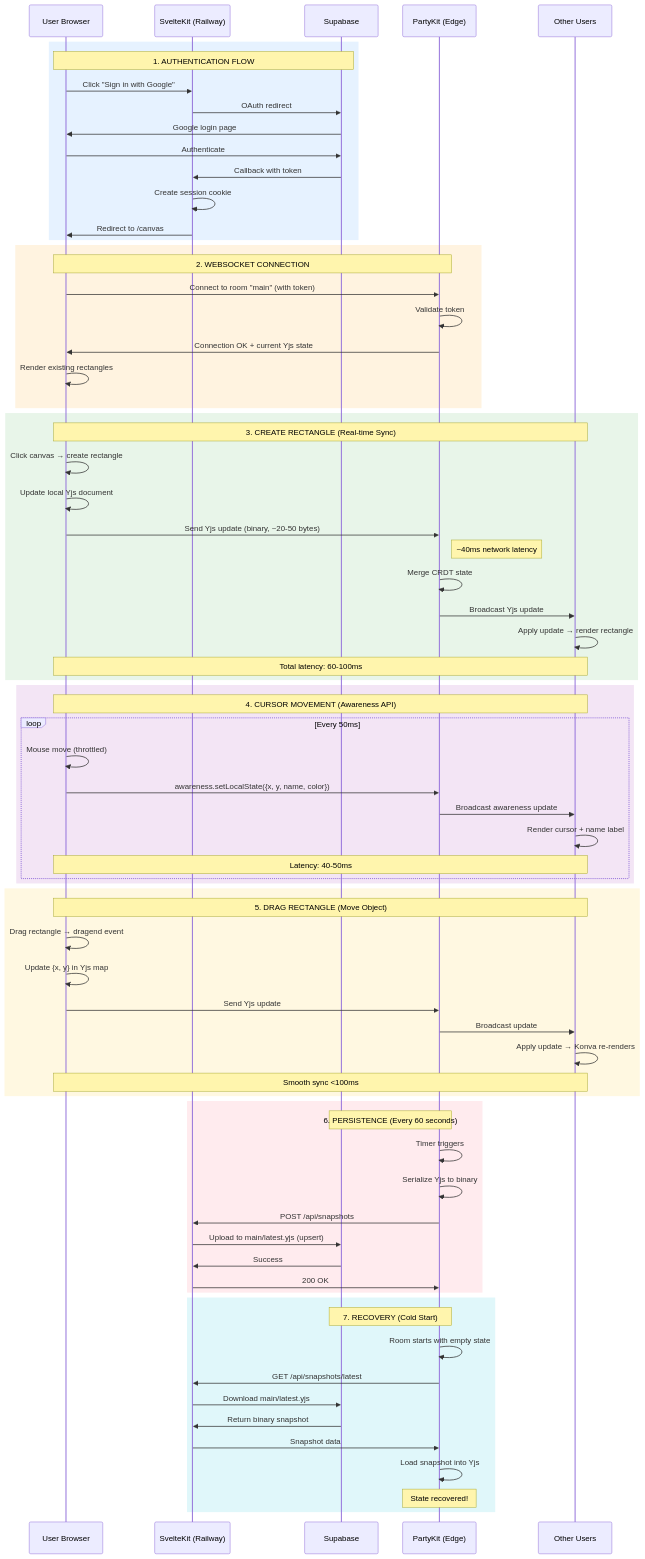
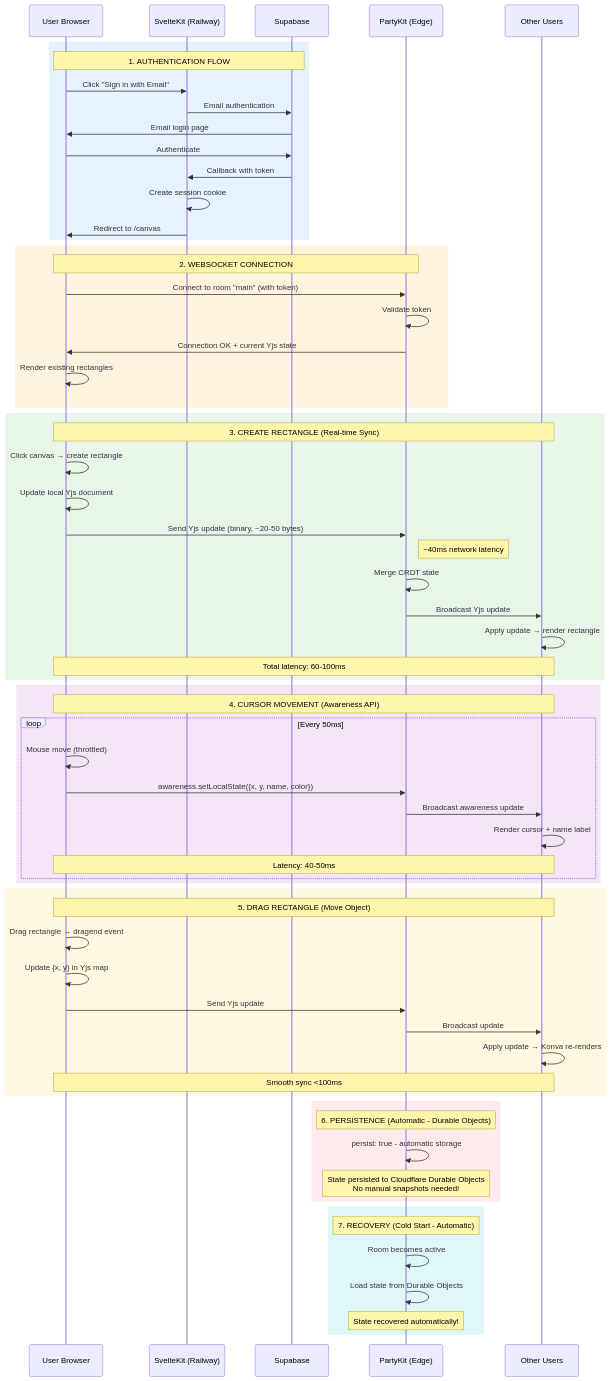
Before and after one commit to ppiont/collab-canvas: the diagram in project-management/userflows.md, drawn with Mermaid. The commit also changed 4 other files, not shown here.

First line of the commit message:
docs: Phase 7 unnecessary - PartyKit Durable Objects handle persistence

````diff
--- a/project-management/userflows.md
+++ b/project-management/userflows.md
@@ -9,9 +9,9 @@
     %% Authentication
     rect rgb(230, 242, 255)
     Note over User,Supabase: 1. AUTHENTICATION FLOW
-    User->>Railway: Click "Sign in with Google"
-    Railway->>Supabase: OAuth redirect
-    Supabase->>User: Google login page
+    User->>Railway: Click "Sign in with Email"
+    Railway->>Supabase: Email authentication
+    Supabase->>User: Email login page
     User->>Supabase: Authenticate
     Supabase->>Railway: Callback with token
     Railway->>Railway: Create session cookie
@@ -63,26 +63,18 @@
     Note over User,User2: Smooth sync <100ms
     end
 
-    %% Persistence
+    %% Persistence (Automatic via Durable Objects)
     rect rgb(255, 235, 238)
-    Note over PartyKit,Supabase: 6. PERSISTENCE (Every 60 seconds)
-    PartyKit->>PartyKit: Timer triggers
-    PartyKit->>PartyKit: Serialize Yjs to binary
-    PartyKit->>Railway: POST /api/snapshots
-    Railway->>Supabase: Upload to main/latest.yjs (upsert)
-    Supabase->>Railway: Success
-    Railway->>PartyKit: 200 OK
+    Note over PartyKit: 6. PERSISTENCE (Automatic - Durable Objects)
+    PartyKit->>PartyKit: persist: true - automatic storage
+    Note over PartyKit: State persisted to Cloudflare Durable Objects<br/>No manual snapshots needed!
     end
 
     %% Cold Start Recovery
     rect rgb(224, 247, 250)
-    Note over PartyKit,Supabase: 7. RECOVERY (Cold Start)
-    PartyKit->>PartyKit: Room starts with empty state
-    PartyKit->>Railway: GET /api/snapshots/latest
-    Railway->>Supabase: Download main/latest.yjs
-    Supabase->>Railway: Return binary snapshot
-    Railway->>PartyKit: Snapshot data
-    PartyKit->>PartyKit: Load snapshot into Yjs
-    Note over PartyKit: State recovered!
+    Note over PartyKit: 7. RECOVERY (Cold Start - Automatic)
+    PartyKit->>PartyKit: Room becomes active
+    PartyKit->>PartyKit: Load state from Durable Objects
+    Note over PartyKit: State recovered automatically!
     end
 ```
````
